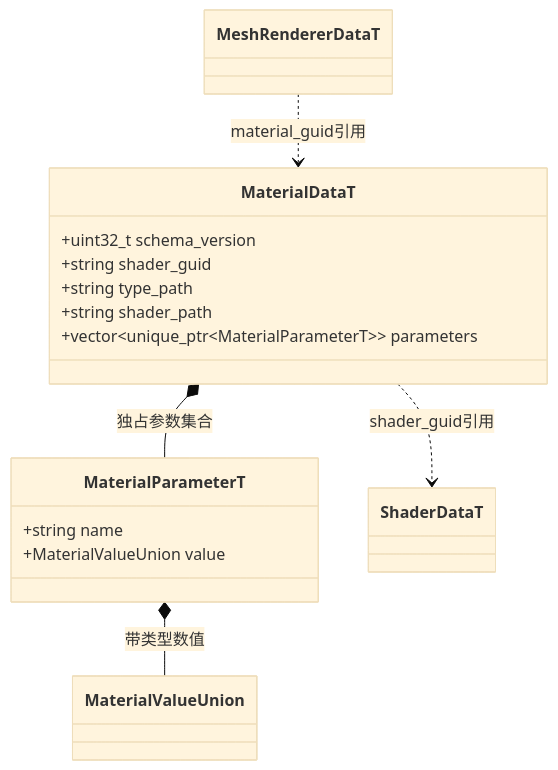
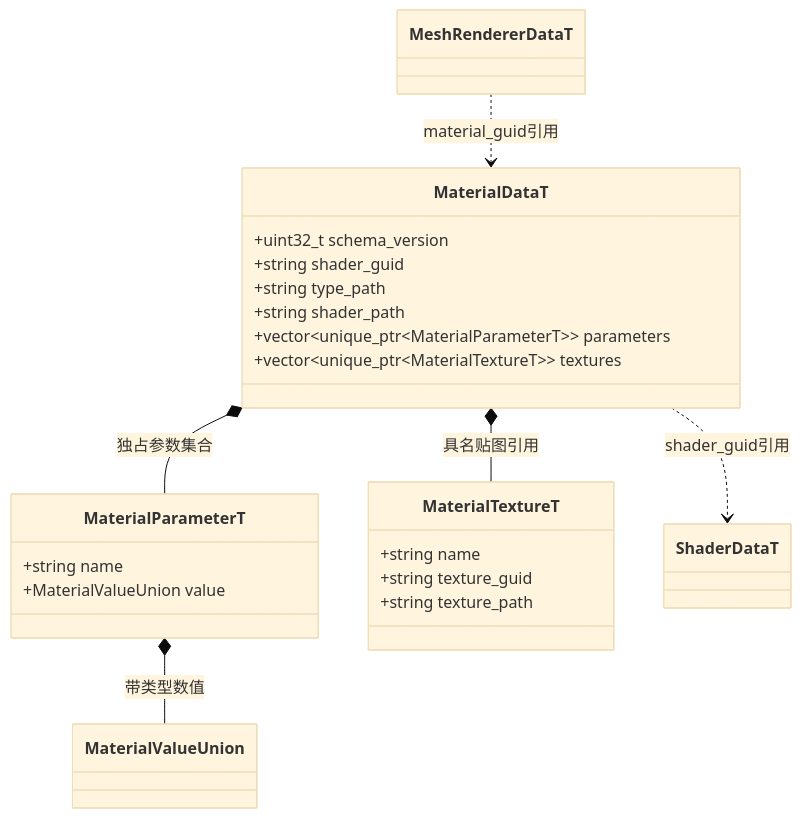
The third of 6 diagrams in docs/runtime/class-diagrams/scene-data.md (lcals/Engine), drawn with Mermaid (base theme) before and after one commit. The commit also changed other lines of this file and 125 other files, not shown here.

````diff
--- a/docs/runtime/class-diagrams/scene-data.md
+++ b/docs/runtime/class-diagrams/scene-data.md
@@ -64,21 +71,28 @@
 ```mermaid
 classDiagram
     class MaterialDataT {
         +uint32_t schema_version
         +string shader_guid
         +string type_path
         +string shader_path
         +vector~unique_ptr~MaterialParameterT~~ parameters
+        +vector~unique_ptr~MaterialTextureT~~ textures
     }
     class MaterialParameterT {
         +string name
         +MaterialValueUnion value
     }
+    class MaterialTextureT {
+        +string name
+        +string texture_guid
+        +string texture_path
+    }
+    MaterialDataT *-- MaterialTextureT : 具名贴图引用
     class MaterialValueUnion
     class MeshRendererDataT
     class ShaderDataT
     MaterialDataT *-- MaterialParameterT : 独占参数集合
     MaterialParameterT *-- MaterialValueUnion : 带类型数值
     MeshRendererDataT ..> MaterialDataT : material_guid引用
     MaterialDataT ..> ShaderDataT : shader_guid引用
 ```
````
